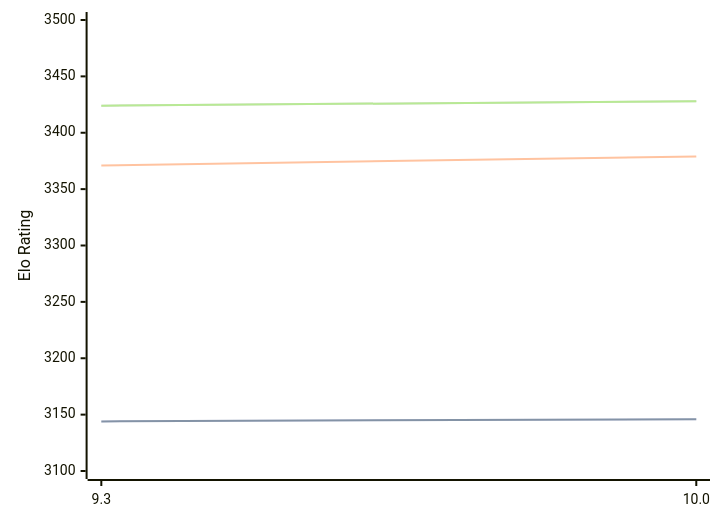
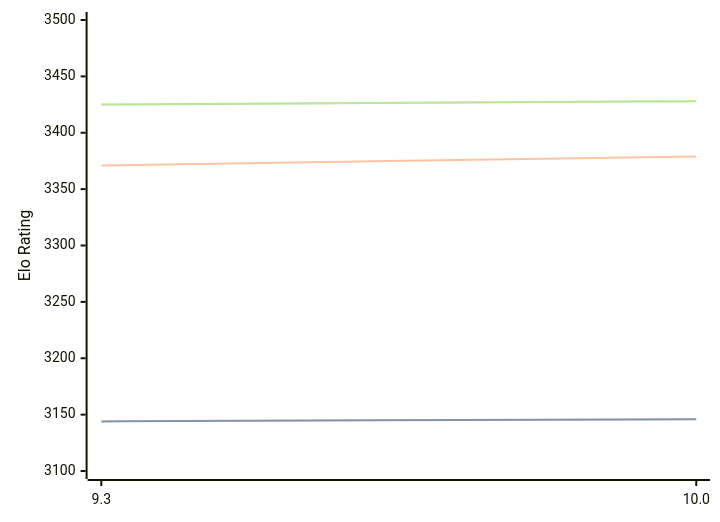
The diagram in engines/Fire.md (computer-chess-index/cci), drawn with Mermaid before and after one commit. The commit also changed other lines of this file, not shown here.

Commit message:
Update CCI Ratings (ELO VLTC) - 2026-08-24

````diff
--- a/engines/Fire.md
+++ b/engines/Fire.md
@@ -32,11 +32,11 @@
 ```mermaid
 %%{init: {"theme":"base","themeVariables":{"seriesColors:['#a3a3a3','#222221','#faa371']}}}%%
 xychart-beta
   x-axis ["9.3", "10.0"]
   y-axis "Elo Rating" 3100 --> 3500
   line "STC (8.0+0.08s)" [3144, 3146]
   line "STC (8.0+0.08s)" [3144, 3146]
   line "LTC (60.0+0.60s)" [3371, 3379]
-  line "VLTC (2m24s+1.12s)" [3424, 3428]
-  line "VLTC (2m24s+1.12s)" [3424, 3428]
+  line "VLTC (2m24s+1.12s)" [3425, 3428]
+  line "VLTC (2m24s+1.12s)" [3425, 3428]
 ```
````
